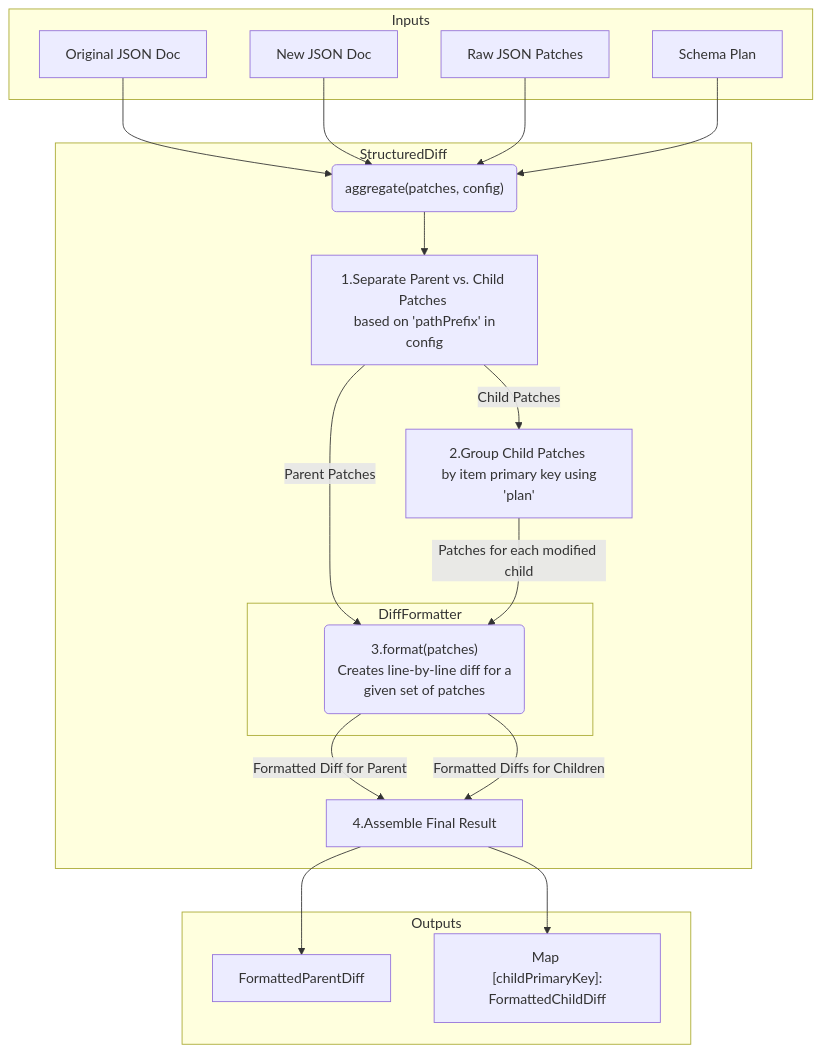
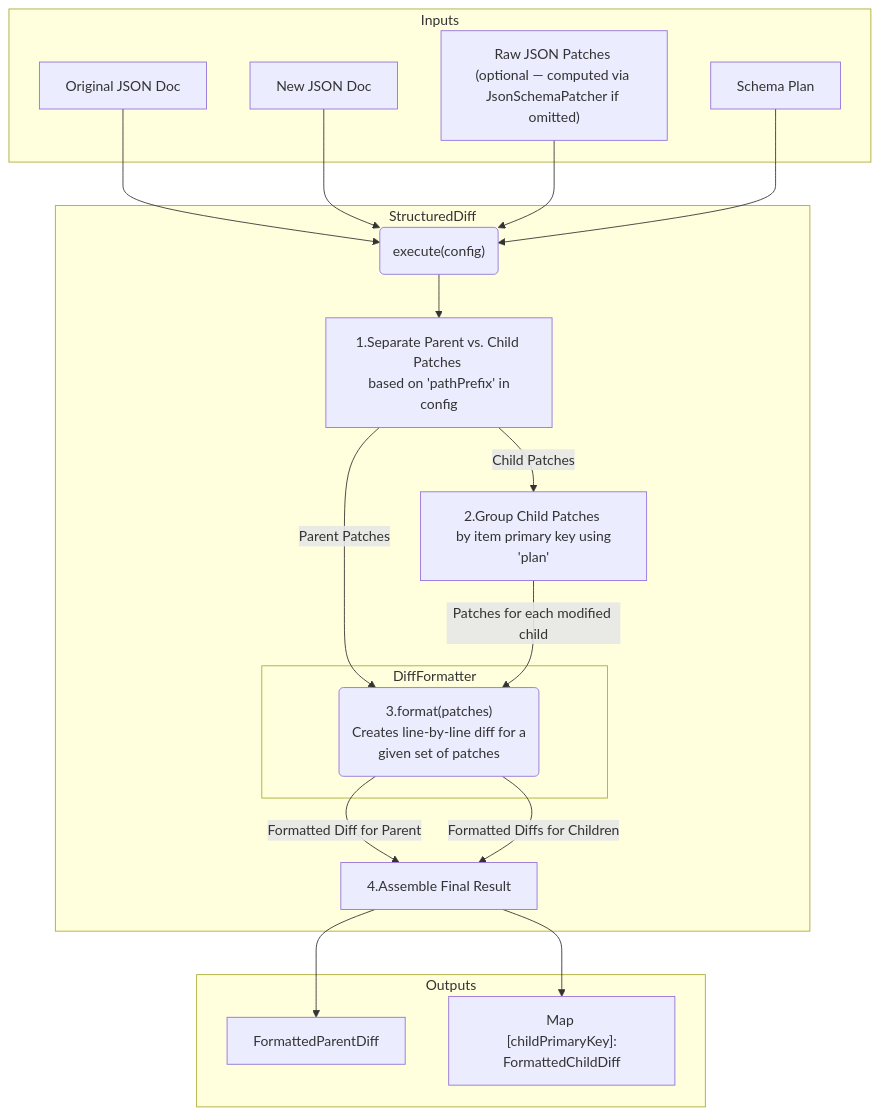
One commit to flightcontrolhq/fast-json-schema-patch changed the diagram in src/aggregators/README.md. Above: the diagram before and after it, drawn with Mermaid. The commit also changed other lines of this file and 8 other files, not shown here.

````diff
--- a/src/aggregators/README.md
+++ b/src/aggregators/README.md
@@ -35,40 +39,40 @@
 ```mermaid
 graph TD
     subgraph "Inputs"
         A[Original JSON Doc]
         B[New JSON Doc]
-        C[Raw JSON Patches]
+        C["Raw JSON Patches (optional — computed via JsonSchemaPatcher if omitted)"]
         P[Schema Plan]
     end
 
     subgraph "StructuredDiff"
-        PA_Entry("aggregate(patches, config)")
+        PA_Entry("execute(config)")
         PA_Group["1.Separate Parent vs. Child Patches <br/> based on 'pathPrefix' in config"]
         PA_ChildGroup["2.Group Child Patches <br/> by item primary key using 'plan'"]
         PA_Results["4.Assemble Final Result"]
 
     subgraph "DiffFormatter"
         DF_Format("3.format(patches) <br/> Creates line-by-line diff for a <br/> given set of patches")
     end
     end
 
     subgraph "Outputs"
         ParentDiff["FormattedParentDiff"]
         ChildDiffs["Map <br/> [childPrimaryKey]: FormattedChildDiff"]
     end
 
     A & B --> PA_Entry
     C & P --> PA_Entry
 
     PA_Entry --> PA_Group
 
     PA_Group -- Parent Patches --> DF_Format
     PA_Group -- Child Patches --> PA_ChildGroup
     PA_ChildGroup -- Patches for each modified child --> DF_Format
 
     DF_Format -- Formatted Diff for Parent --> PA_Results
     DF_Format -- Formatted Diffs for Children --> PA_Results
 
     PA_Results --> ParentDiff
     PA_Results --> ChildDiffs
 ```
````
